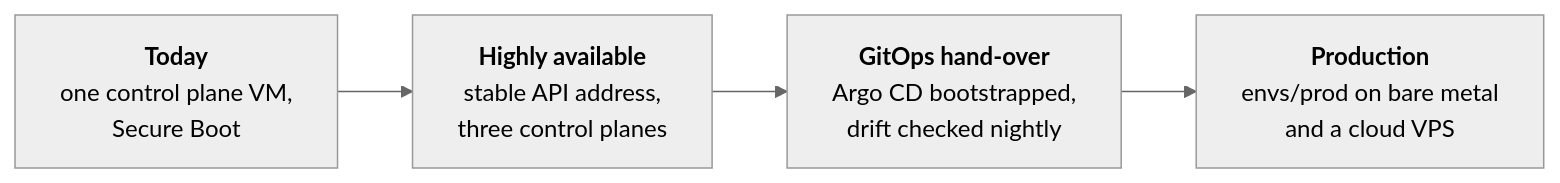
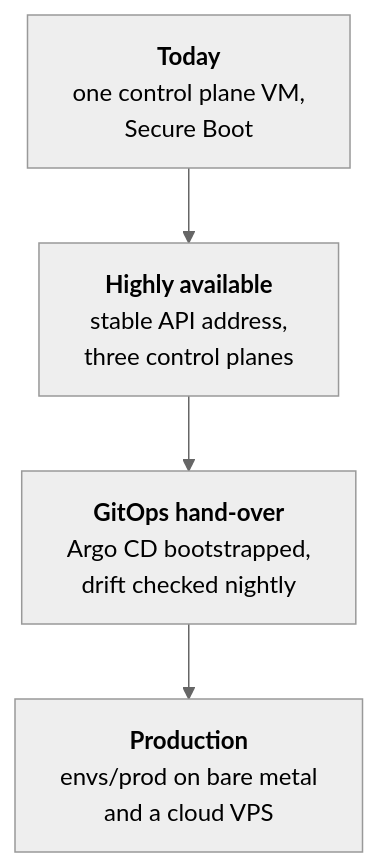
One commit to edy-rus/k8s-infra changed the diagram in ROADMAP.md. Above: the diagram before and after it, drawn with Mermaid (neutral theme). The commit also changed 10 other files, not shown here.

````diff
--- a/ROADMAP.md
+++ b/ROADMAP.md
@@ -7,9 +7,9 @@
 ```mermaid
-flowchart LR
+flowchart TB
     now["<b>Today</b><br/>one control plane VM,<br/>Secure Boot"]
     ha["<b>Highly available</b><br/>stable API address,<br/>three control planes"]
     gitops["<b>GitOps hand-over</b><br/>Argo CD bootstrapped,<br/>drift checked nightly"]
     prod["<b>Production</b><br/>envs/prod on bare metal<br/>and a cloud VPS"]
 
     now --> ha --> gitops --> prod
 ```
````
